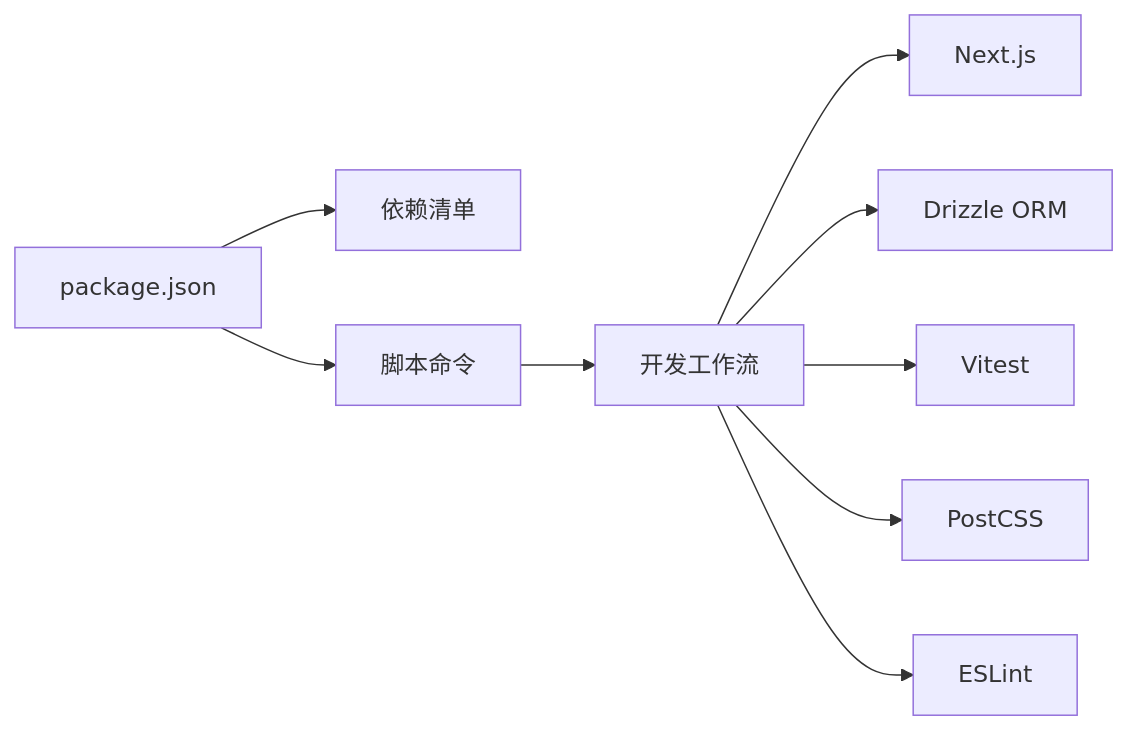
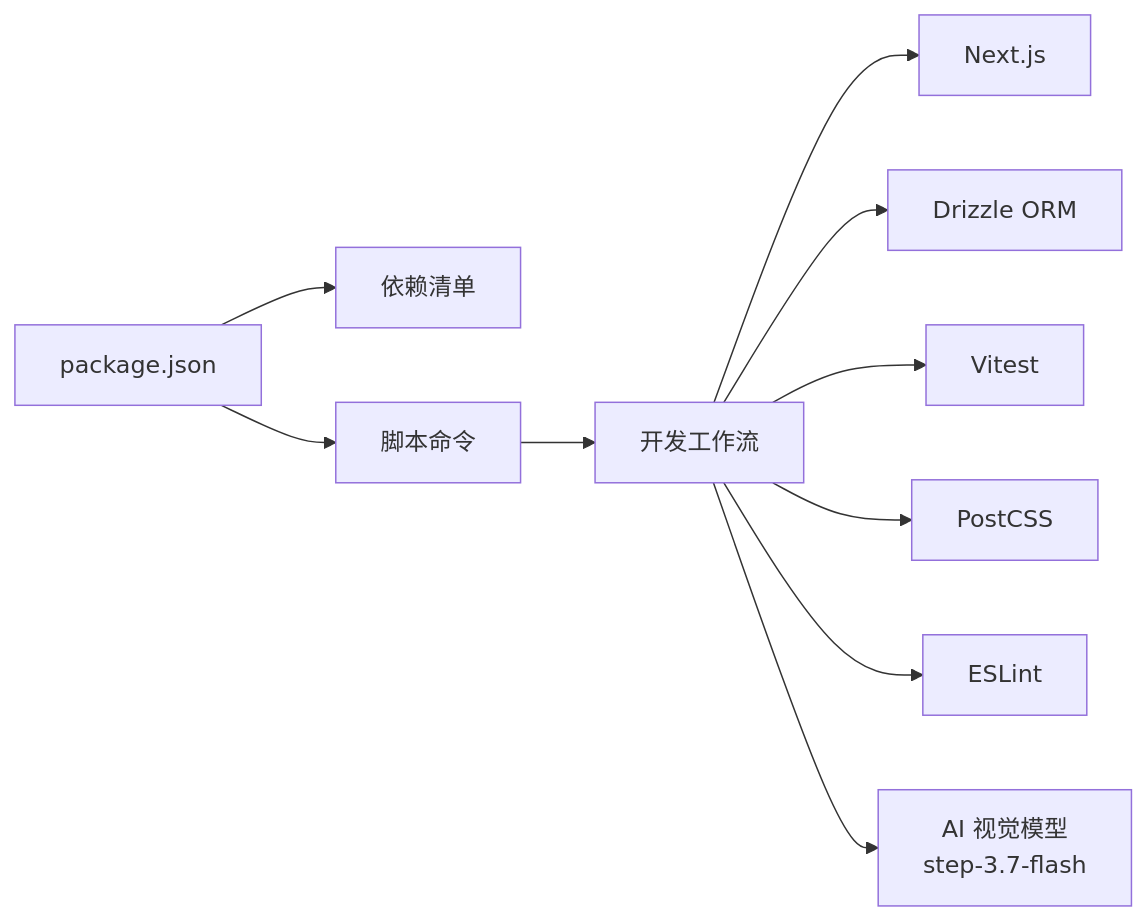
Before and after one commit to AIMFllyYS/code-video-canvas: the fifth of 5 diagrams in .qoder/repowiki/zh/content/开发指南/环境配置.md, drawn with Mermaid. The commit also changed other lines of this file and 18 other files, not shown here.

````diff
--- a/.qoder/repowiki/zh/content/开发指南/环境配置.md
+++ b/.qoder/repowiki/zh/content/开发指南/环境配置.md
@@ -240,11 +282,12 @@
 ```mermaid
 graph LR
 Pkg["package.json"] --> Deps["依赖清单"]
 Pkg --> Scripts["脚本命令"]
 Scripts --> Dev["开发工作流"]
 Dev --> NX["Next.js"]
 Dev --> DRZ["Drizzle ORM"]
 Dev --> VIT["Vitest"]
 Dev --> POST["PostCSS"]
 Dev --> ESL["ESLint"]
+Dev --> AI["AI 视觉模型<br/>step-3.7-flash"]
 ```
````
